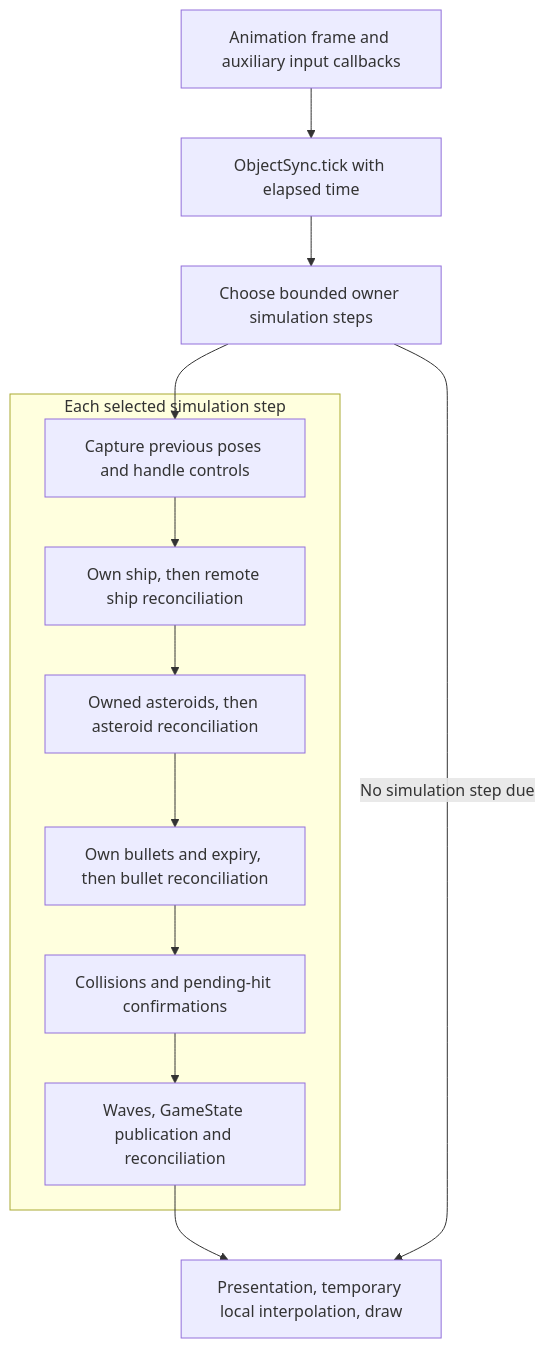
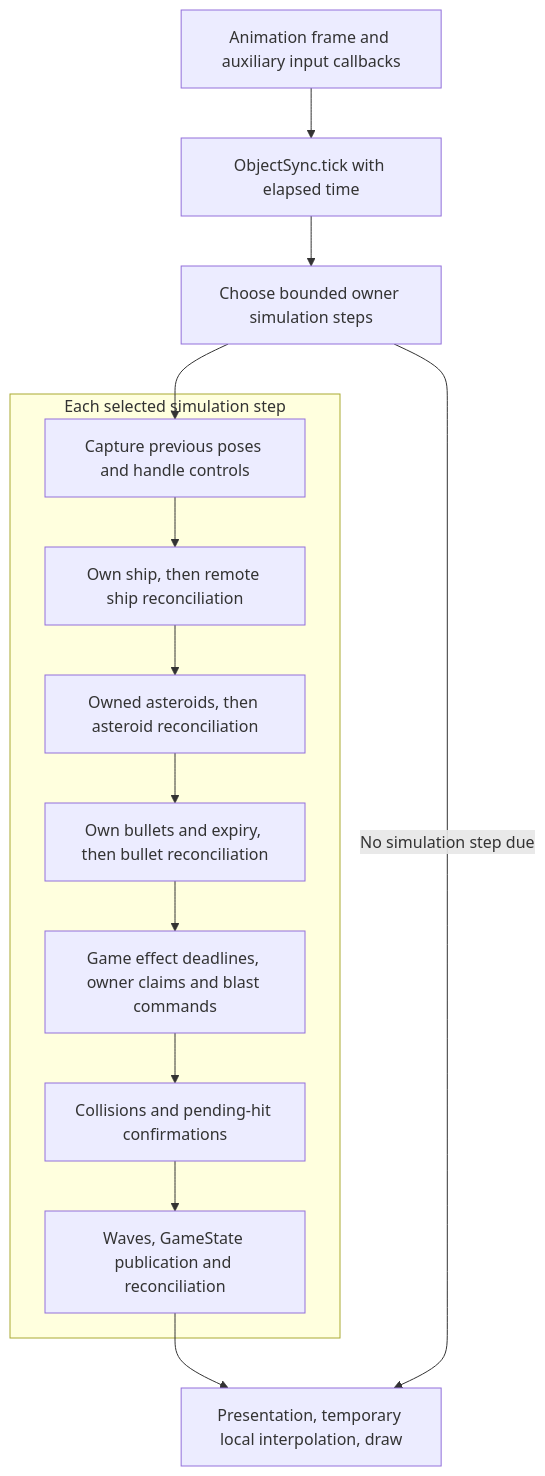
The fourth of 9 diagrams in ARCHITECTURE.md (badvoidstar/astervoids), drawn with Mermaid before and after one commit. The commit also changed other lines of this file and 32 other files, not shown here.

````diff
--- a/ARCHITECTURE.md
+++ b/ARCHITECTURE.md
@@ -858,19 +865,20 @@
 ```mermaid
 flowchart TB
     Frame["Animation frame and auxiliary input callbacks"]
     Tick["ObjectSync.tick with elapsed time"]
     Policy["Choose bounded owner simulation steps"]
     subgraph Step["Each selected simulation step"]
         Input["Capture previous poses and handle controls"]
         Ship["Own ship, then remote ship reconciliation"]
         Asteroid["Owned asteroids, then asteroid reconciliation"]
         Bullet["Own bullets and expiry, then bullet reconciliation"]
+        Effects["Game effect deadlines, owner claims and blast commands"]
         Collision["Collisions and pending-hit confirmations"]
         State["Waves, GameState publication and reconciliation"]
-        Input --> Ship --> Asteroid --> Bullet --> Collision --> State
+        Input --> Ship --> Asteroid --> Bullet --> Effects --> Collision --> State
     end
     Render["Presentation, temporary local interpolation, draw"]
     Frame --> Tick --> Policy --> Input
     State --> Render
     Policy -->|"No simulation step due"| Render
 ```
````
